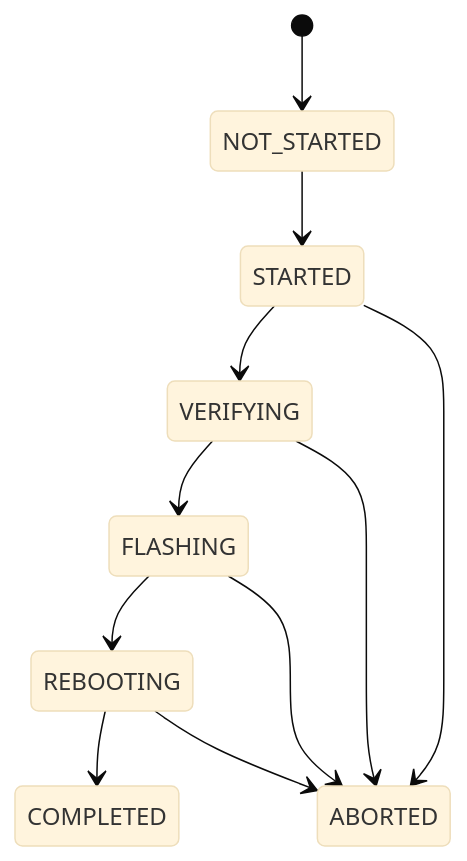
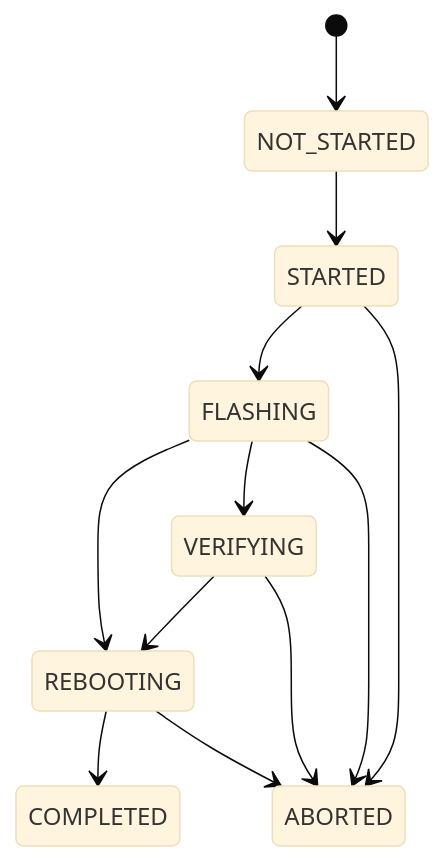
Before and after one commit to rdkcentral/rdk-halif-mfr: the third of 9 diagrams in docs/pages/mfr_HalSpec.md, drawn with Mermaid (base theme). The commit also changed 1 other file, not shown here.

Commit message:
addressing all review comments

````diff
--- a/docs/pages/mfr_HalSpec.md
+++ b/docs/pages/mfr_HalSpec.md
@@ -236,13 +236,14 @@
 ```mermaid
 stateDiagram-v2
     [*] --> NOT_STARTED
     NOT_STARTED --> STARTED
-    STARTED --> VERIFYING
-    VERIFYING --> FLASHING
+    STARTED --> FLASHING
     FLASHING --> REBOOTING
+    FLASHING --> VERIFYING
+    VERIFYING --> REBOOTING
     REBOOTING --> COMPLETED
     STARTED --> ABORTED
     VERIFYING --> ABORTED
     FLASHING --> ABORTED
     REBOOTING --> ABORTED
 ```
````
